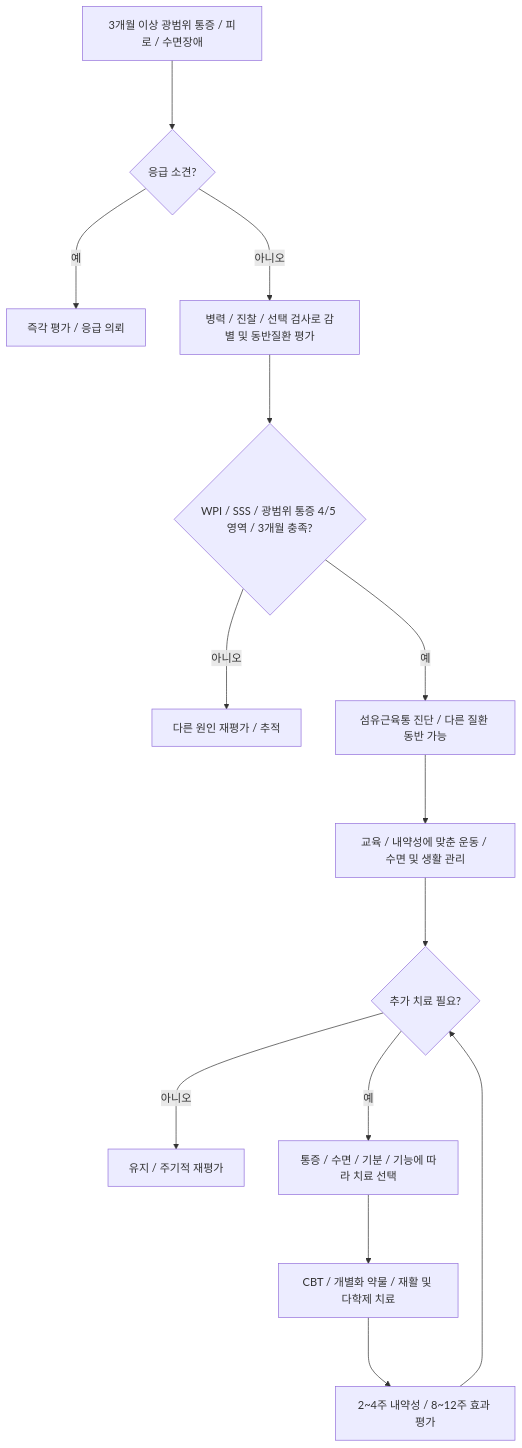
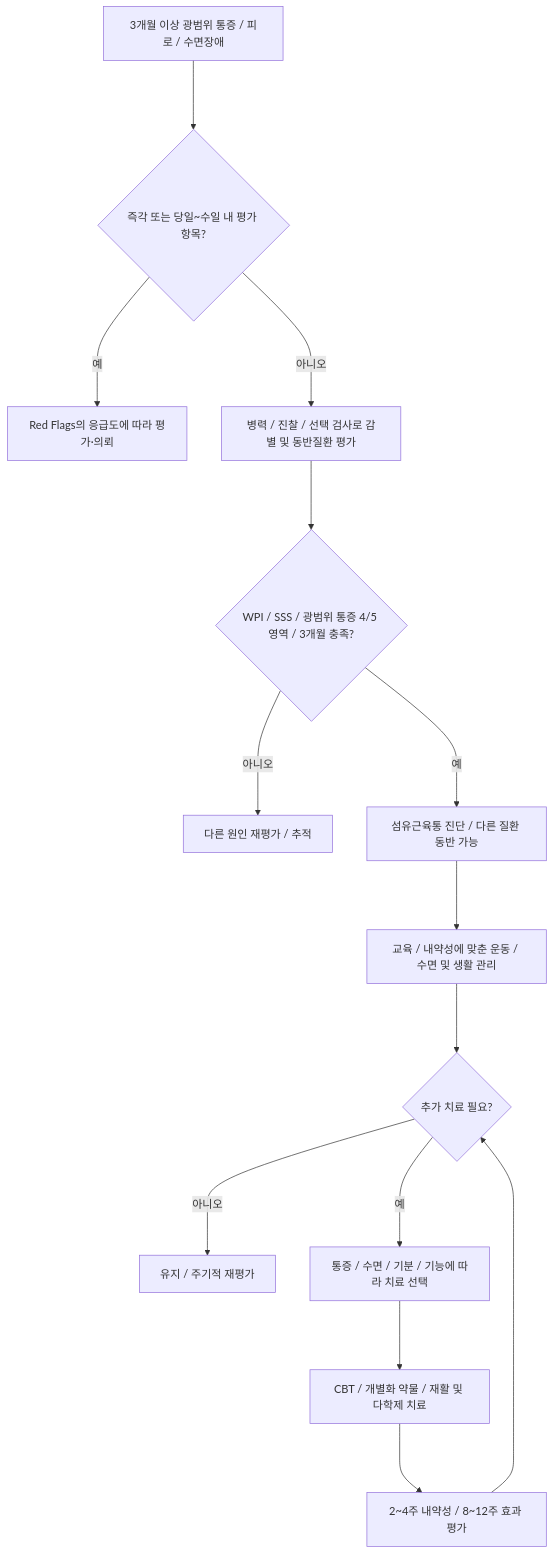
Before and after one commit to familyoh77/familyoh77: the diagram in 228_/153_-fibromyalgia.md, drawn with Mermaid. The commit also changed other lines of this file and 20 other files, not shown here.

````diff
--- a/228_/153_-fibromyalgia.md
+++ b/228_/153_-fibromyalgia.md
@@ -190,16 +195,16 @@
 ```mermaid
 flowchart TD
-    A["3개월 이상 광범위 통증 / 피로 / 수면장애"] ---> B{"응급 소견?"}
-    B --->|"예"| C["즉각 평가 / 응급 의뢰"]
+    A["3개월 이상 광범위 통증 / 피로 / 수면장애"] ---> B{"즉각 또는 당일~수일 내 평가 항목?"}
+    B --->|"예"| C["Red Flags의 응급도에 따라 평가·의뢰"]
     B --->|"아니오"| D["병력 / 진찰 / 선택 검사로 감별 및 동반질환 평가"]
     D ---> E{"WPI / SSS / 광범위 통증 4/5 영역 / 3개월 충족?"}
     E --->|"아니오"| F["다른 원인 재평가 / 추적"]
     E --->|"예"| G["섬유근육통 진단 / 다른 질환 동반 가능"]
     G ---> H["교육 / 내약성에 맞춘 운동 / 수면 및 생활 관리"]
     H ---> I{"추가 치료 필요?"}
     I --->|"아니오"| J["유지 / 주기적 재평가"]
     I --->|"예"| K["통증 / 수면 / 기분 / 기능에 따라 치료 선택"]
     K ---> L["CBT / 개별화 약물 / 재활 및 다학제 치료"]
     L ---> M["2~4주 내약성 / 8~12주 효과 평가"]
     M ---> I
 ```
````
